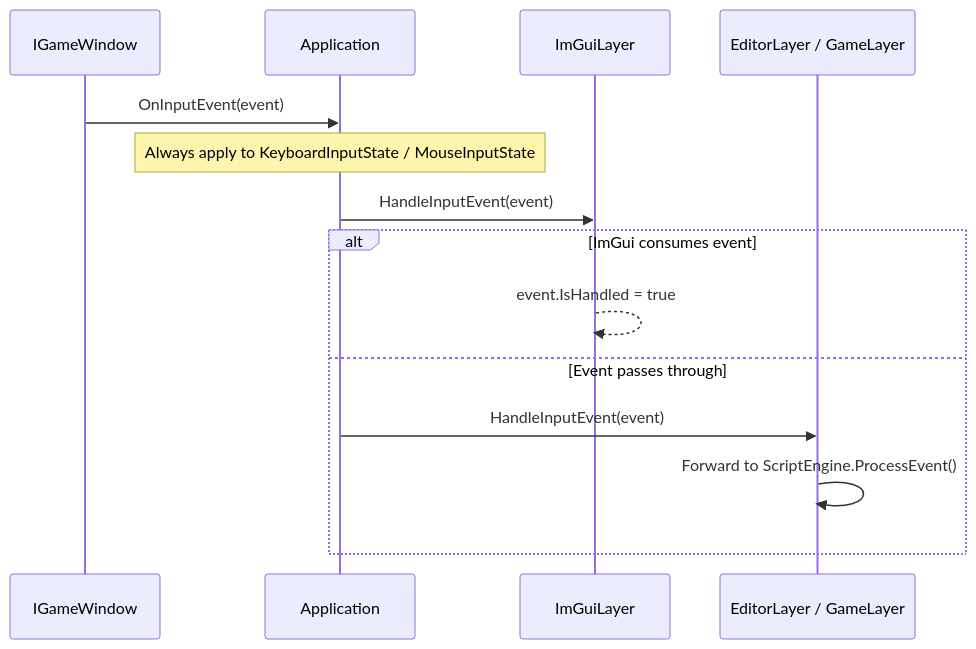
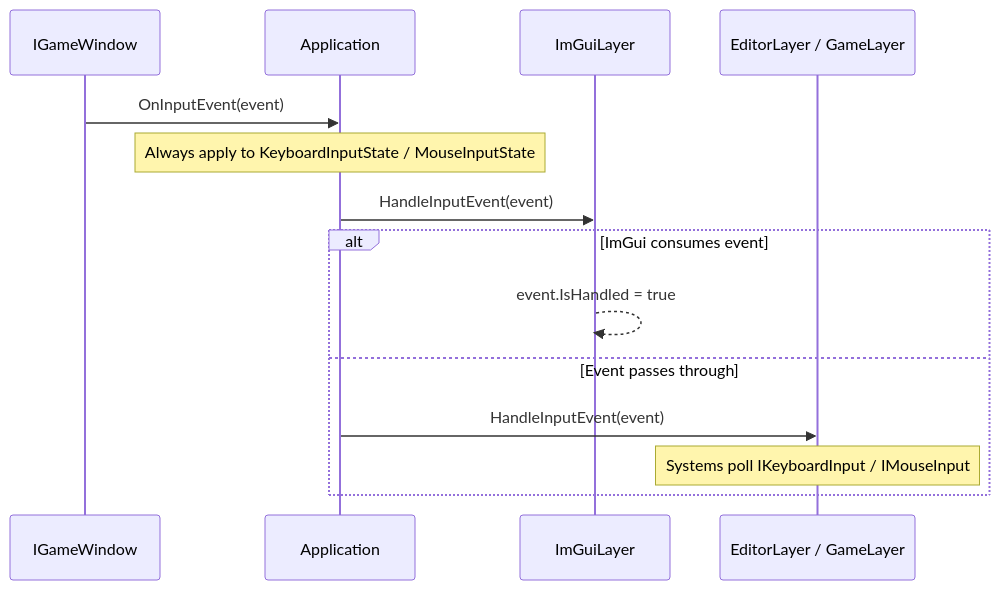
One commit to kateusz/GameEngine changed the sixth of 6 diagrams in docs/architecture/game-loop.md. Above: the diagram before and after it, drawn with Mermaid. The commit also changed other lines of this file and 85 other files, not shown here.

````diff
--- a/docs/architecture/game-loop.md
+++ b/docs/architecture/game-loop.md
@@ -246,17 +246,17 @@
 ```mermaid
 sequenceDiagram
     participant Platform as IGameWindow
     participant App as Application
     participant ImGui as ImGuiLayer
     participant Layer as EditorLayer / GameLayer
 
     Platform->>App: OnInputEvent(event)
     Note over App: Always apply to KeyboardInputState / MouseInputState
     App->>ImGui: HandleInputEvent(event)
     alt ImGui consumes event
         ImGui-->>ImGui: event.IsHandled = true
     else Event passes through
         App->>Layer: HandleInputEvent(event)
-        Layer->>Layer: Forward to ScriptEngine.ProcessEvent()
+        Note over Layer: Systems poll IKeyboardInput / IMouseInput
     end
 ```
````
